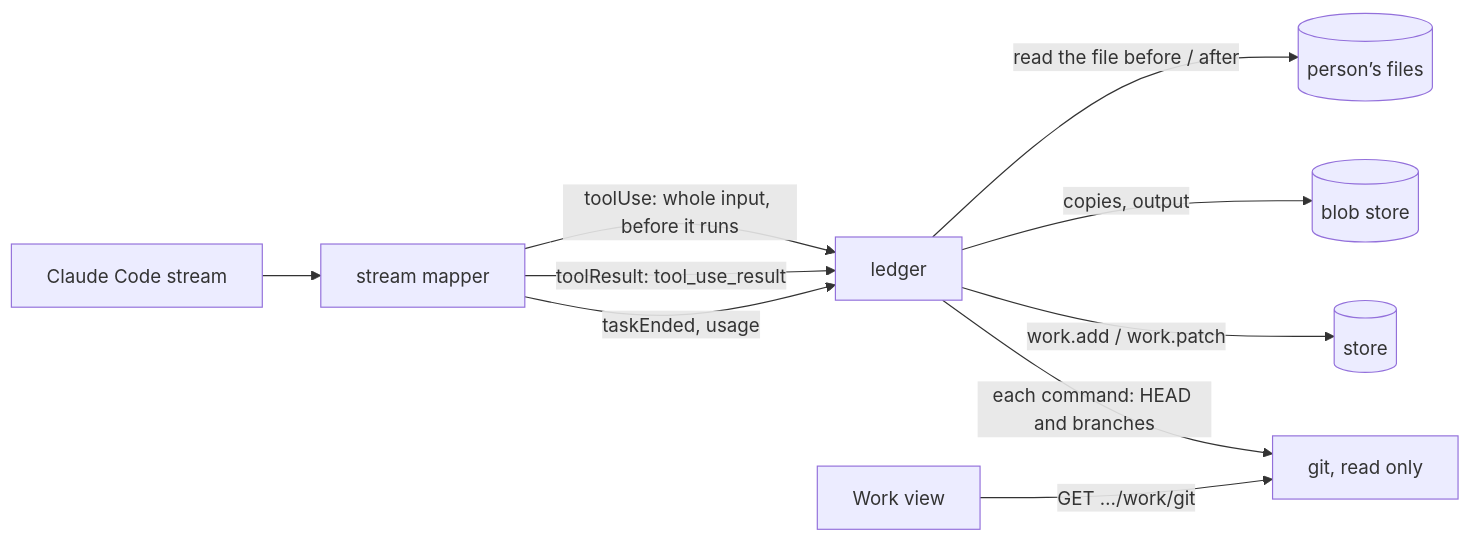
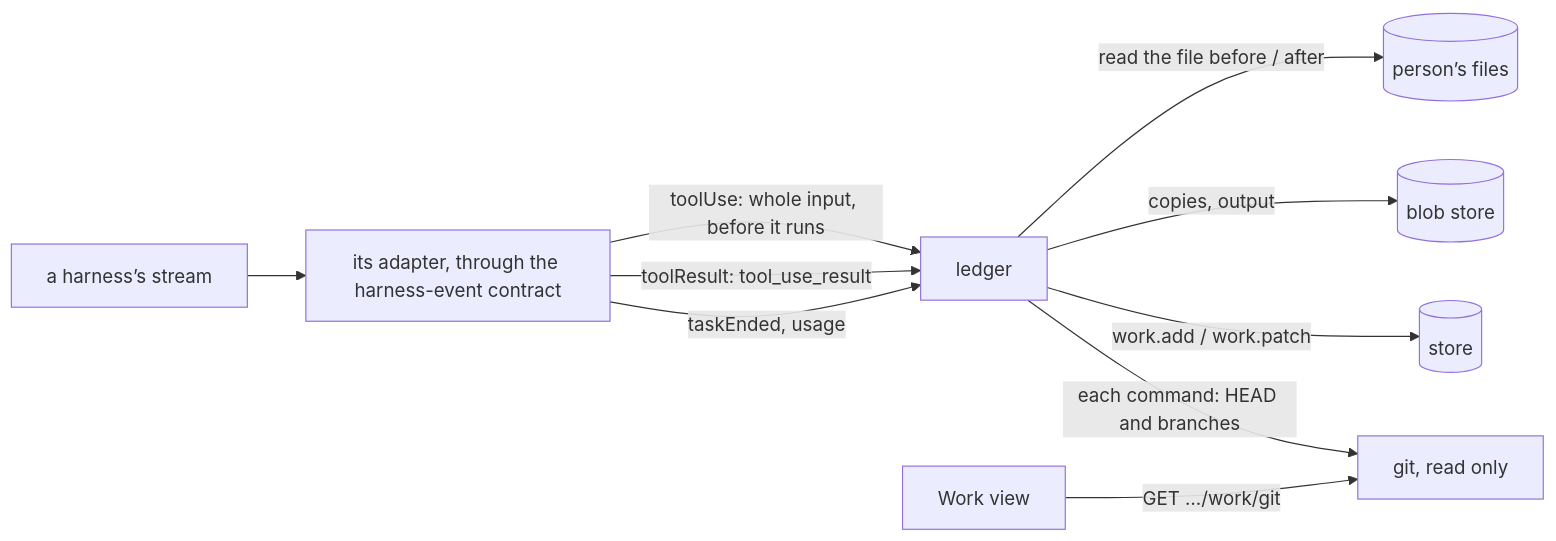
Before and after one commit to HJeon139/postbox: the diagram in designs/architecture/work-ledger.md, drawn with Mermaid. The commit also changed other lines of this file and 15 other files, not shown here.

First line of the commit message:
docs(architecture): correct what the child docs say that no longer matches main

````diff
--- a/designs/architecture/work-ledger.md
+++ b/designs/architecture/work-ledger.md
@@ -7,12 +7,12 @@
 ```mermaid
 flowchart LR
-  S[Claude Code stream] --> M[stream mapper]
+  S[a harness’s stream] --> M[its adapter, through the harness-event contract]
   M -->|"toolUse: whole input, before it runs"| L[ledger]
   M -->|"toolResult: tool_use_result"| L
   M -->|"taskEnded, usage"| L
   L -->|"read the file before / after"| F[(person’s files)]
   L -->|copies, output| B[(blob store)]
   L -->|"work.add / work.patch"| ST[(store)]
   L -->|"each command: HEAD and branches"| G
   W[Work view] -->|"GET …/work/git"| G["git, read only"]
 ```
````
